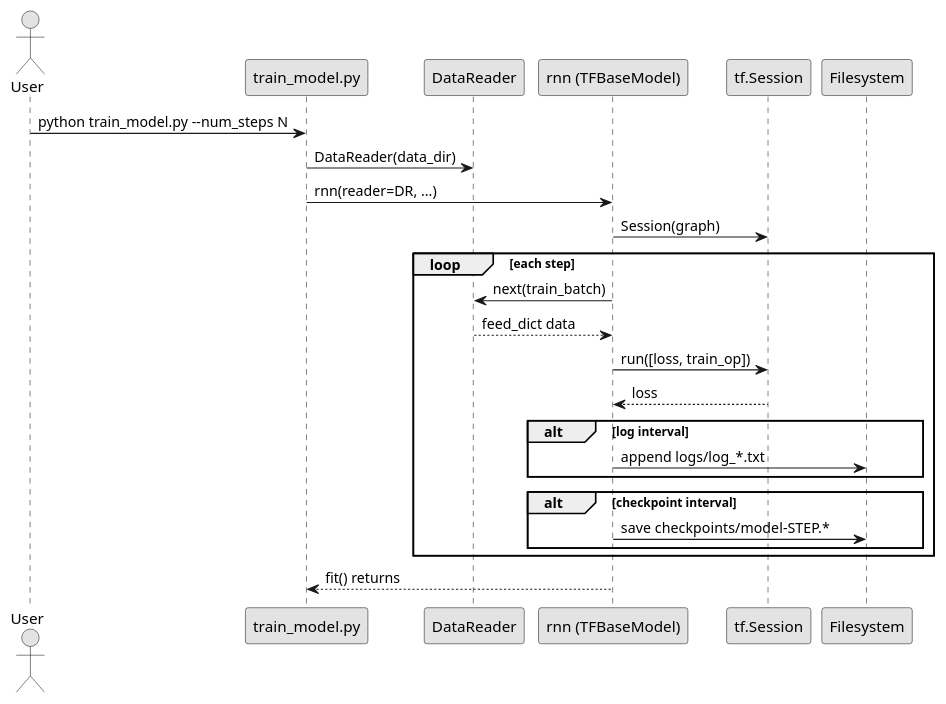
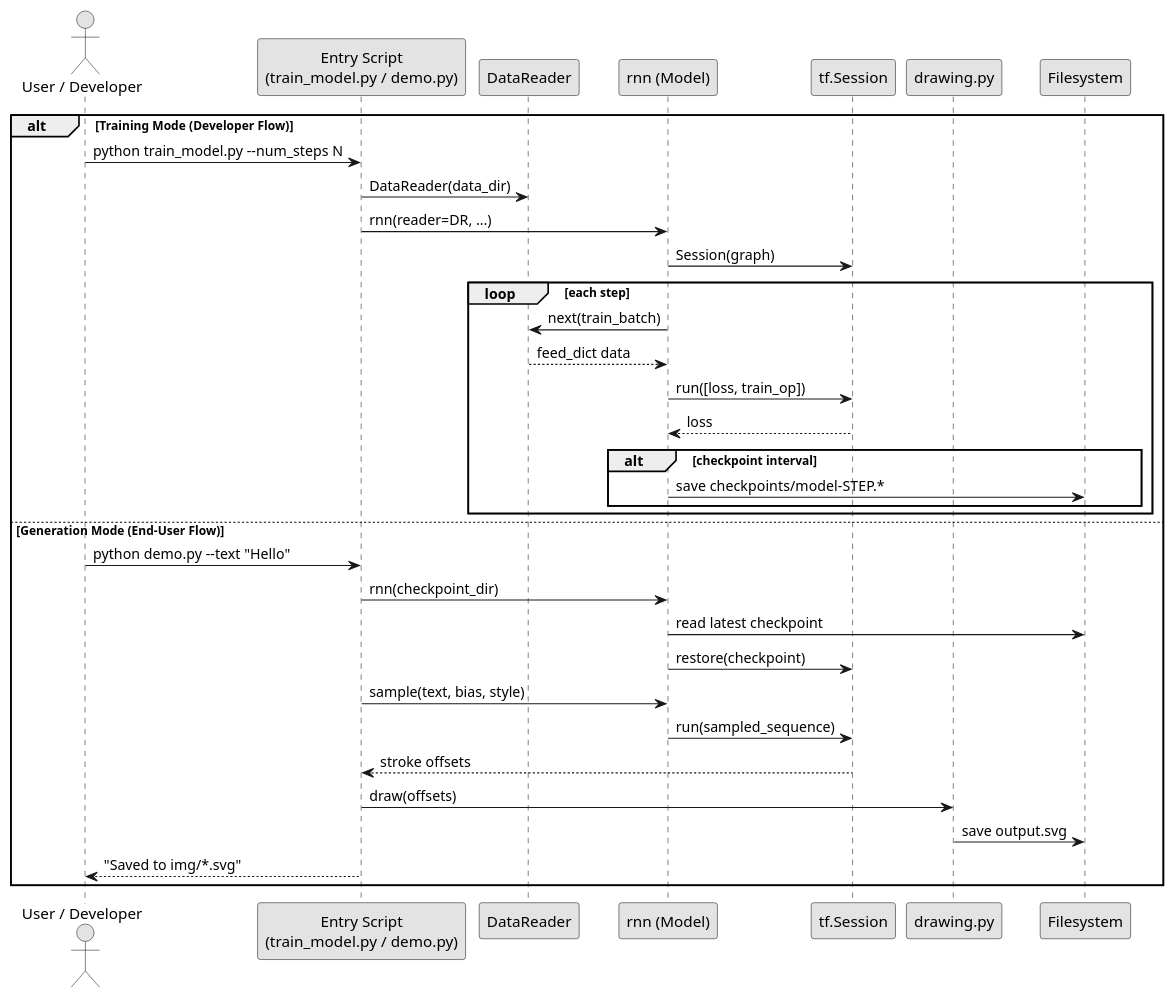
Before and after one commit to bhadraagada/ctrlpluspen: the seventh of 13 diagrams in docss/CONCEPTUAL_DIAGRAMS.md, drawn with PlantUML. The commit also changed other lines of this file and 168 other files, not shown here.

````diff
--- a/docss/CONCEPTUAL_DIAGRAMS.md
+++ b/docss/CONCEPTUAL_DIAGRAMS.md
@@ -376,35 +403,41 @@
 ```plantuml
 @startuml
 skinparam monochrome true
 skinparam shadowing false
 
-actor User
-participant "train_model.py" as Train
+actor "User / Developer" as Actor
+participant "Entry Script\n(train_model.py / demo.py)" as Script
 participant "DataReader" as DR
-participant "rnn (TFBaseModel)" as Model
+participant "rnn (Model)" as Model
 participant "tf.Session" as Sess
+participant "drawing.py" as Render
 participant "Filesystem" as FS
 
-User -> Train : python train_model.py --num_steps N
-Train -> DR : DataReader(data_dir)
-Train -> Model : rnn(reader=DR, ...)
-Model -> Sess : Session(graph)
-
-loop each step
-  Model -> DR : next(train_batch)
-  DR --> Model : feed_dict data
-  Model -> Sess : run([loss, train_op])
-  Sess --> Model : loss
-
-  alt log interval
-    Model -> FS : append logs/log_*.txt
-  end
-
-  alt checkpoint interval
-    Model -> FS : save checkpoints/model-STEP.*
-  end
+alt Training Mode (Developer Flow)
+    Actor -> Script : python train_model.py --num_steps N
+    Script -> DR : DataReader(data_dir)
+    Script -> Model : rnn(reader=DR, ...)
+    Model -> Sess : Session(graph)
+    loop each step
+        Model -> DR : next(train_batch)
+        DR --> Model : feed_dict data
+        Model -> Sess : run([loss, train_op])
+        Sess --> Model : loss
+        alt checkpoint interval
+            Model -> FS : save checkpoints/model-STEP.*
+        end
+    end
+else Generation Mode (End-User Flow)
+    Actor -> Script : python demo.py --text "Hello"
+    Script -> Model : rnn(checkpoint_dir)
+    Model -> FS : read latest checkpoint
+    Model -> Sess : restore(checkpoint)
+    Script -> Model : sample(text, bias, style)
+    Model -> Sess : run(sampled_sequence)
+    Sess --> Script : stroke offsets
+    Script -> Render : draw(offsets)
+    Render -> FS : save output.svg
+    Actor <-- Script : "Saved to img/*.svg"
 end
-
-Train <-- Model : fit() returns
 @enduml
 ```
````
